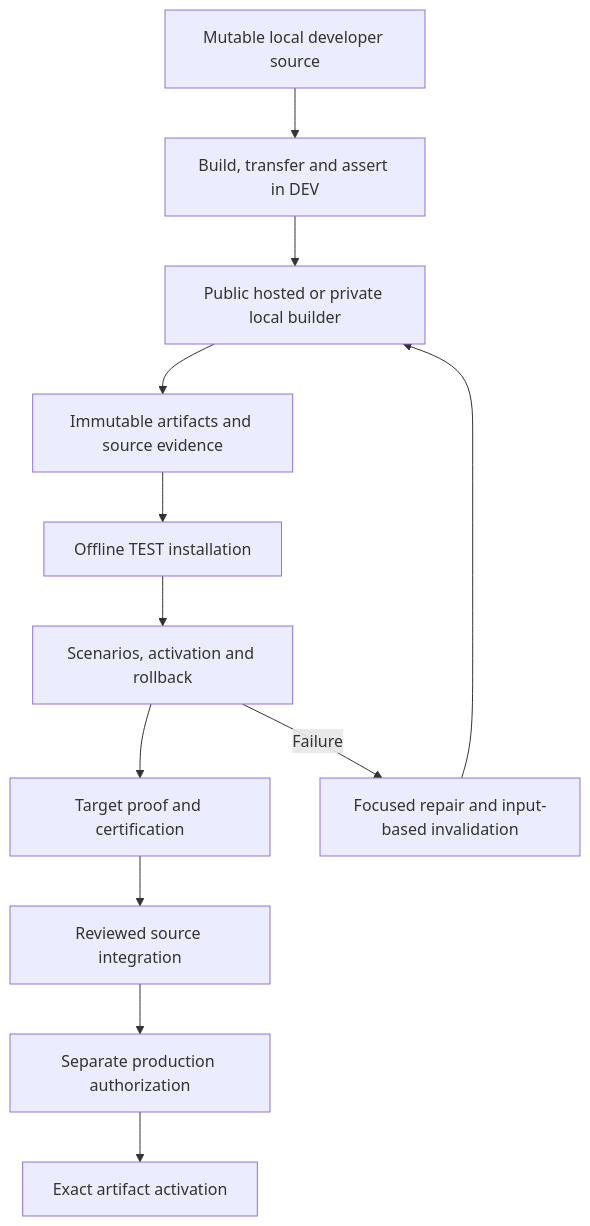
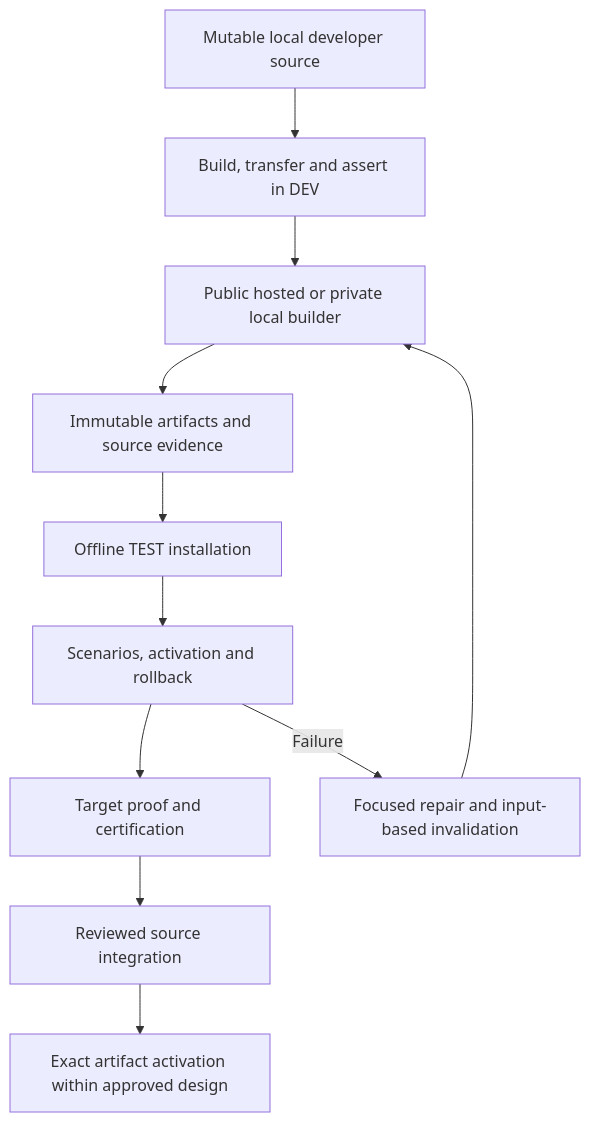
The second of 2 diagrams in docs/plans/039-development-delivery-master.md (coletaylor788/puddles), drawn with Mermaid before and after one commit. The commit also changed other lines of this file and 4 other files, not shown here.

Commit message:
Make approved design and fast DEV iteration the default workflow

````diff
--- a/docs/plans/039-development-delivery-master.md
+++ b/docs/plans/039-development-delivery-master.md
@@ -202,14 +215,13 @@
 ```mermaid
 flowchart TD
     Edit["Mutable local developer source"] --> Dev["Build, transfer and assert in DEV"]
     Dev --> Builder["Public hosted or private local builder"]
     Builder --> Bundle["Immutable artifacts and source evidence"]
     Bundle --> Install["Offline TEST installation"]
     Install --> Rehearse["Scenarios, activation and rollback"]
     Rehearse --> Proof["Target proof and certification"]
     Proof --> Merge["Reviewed source integration"]
-    Merge --> Approval["Separate production authorization"]
-    Approval --> Production["Exact artifact activation"]
+    Merge --> Production["Exact artifact activation within approved design"]
     Rehearse -->|Failure| Repair["Focused repair and input-based invalidation"]
     Repair --> Builder
 ```
````
